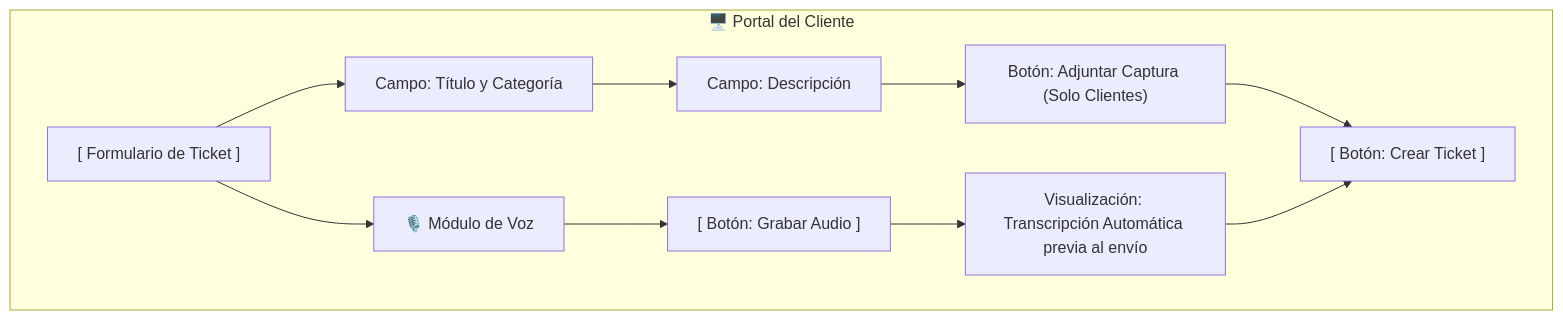
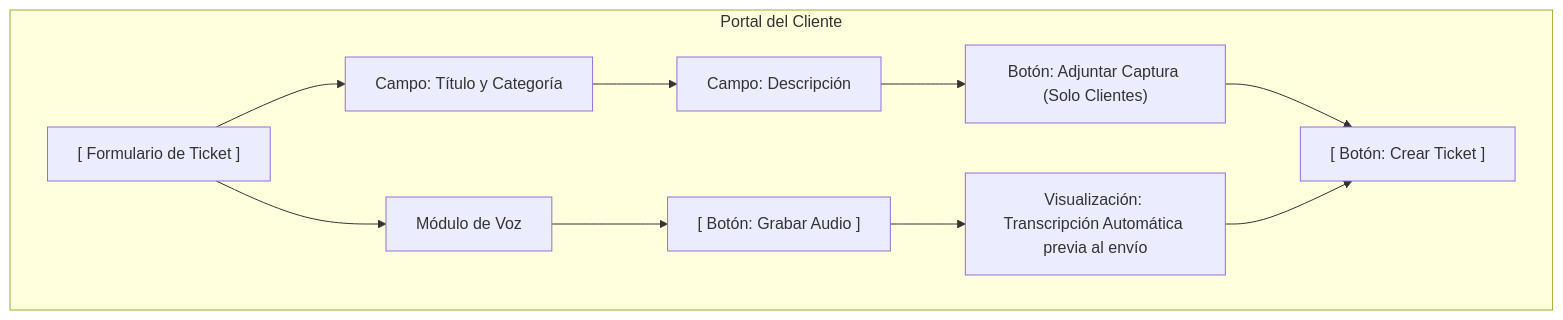
One commit to AralarGG/ticketdesk-tpi changed the first of 2 diagrams in README.md. Above: the diagram before and after it, drawn with Mermaid. The commit also changed other lines of this file, not shown here.

````diff
--- a/README.md
+++ b/README.md
@@ -82,15 +78,15 @@
 ```mermaid
 graph TD
-    subgraph Dashboard_Cliente ["🖥️ Portal del Cliente"]
+    subgraph Dashboard_Cliente ["Portal del Cliente"]
         A["[ Formulario de Ticket ]"] --> B["Campo: Título y Categoría"]
         B --> C["Campo: Descripción"]
         C --> D["Botón: Adjuntar Captura (Solo Clientes)"]
 
-        A --> E["🎙️ Módulo de Voz"]
+        A --> E["Módulo de Voz"]
         E --> F["[ Botón: Grabar Audio ]"]
         F --> G["Visualización: Transcripción Automática previa al envío"]
 
         D --> H["[ Botón: Crear Ticket ]"]
         G --> H
     end
 ```
````
